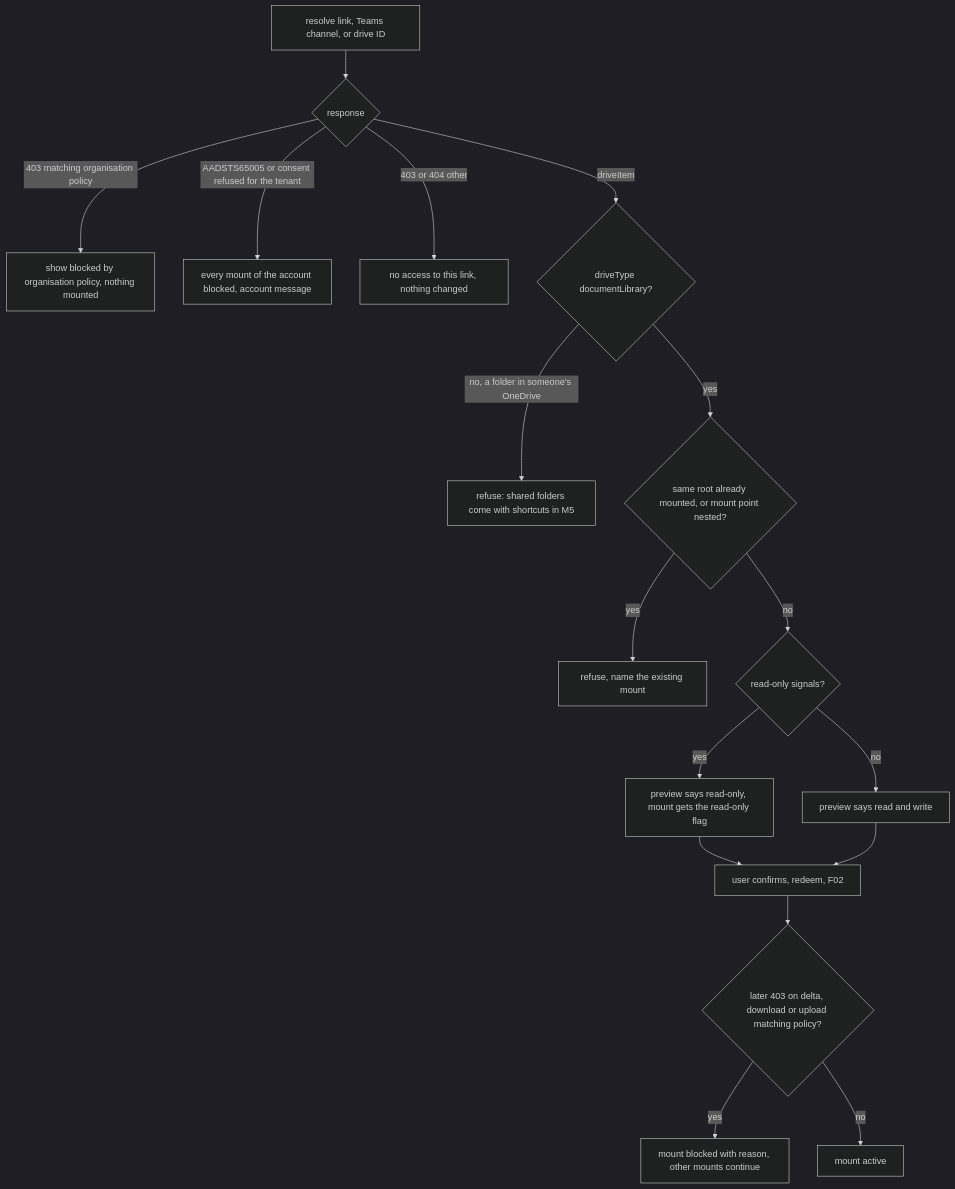
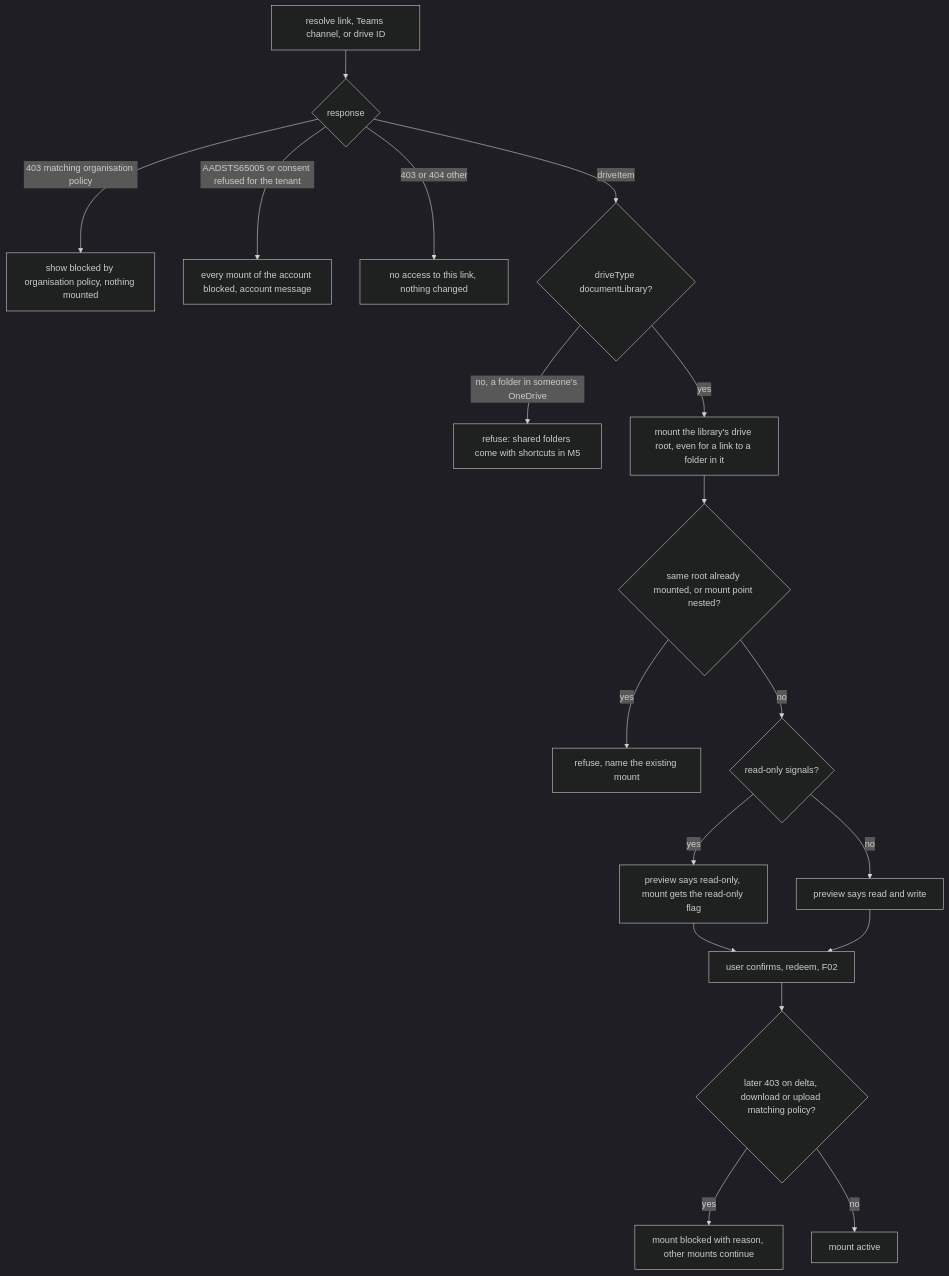
The second of 2 diagrams in docs/flows/F09-add-sharepoint-library.md (paulpitchford/my-drive), drawn with Mermaid (dark theme) before and after one commit. The commit also changed other lines of this file and 19 other files, not shown here.

First line of the commit message:
docs(flows): amend flows and journeys for the M1 decisions

````diff
--- a/docs/flows/F09-add-sharepoint-library.md
+++ b/docs/flows/F09-add-sharepoint-library.md
@@ -57,19 +57,20 @@
 ```mermaid
 flowchart TD
     A["resolve link, Teams channel, or drive ID"] --> B{"response"}
     B -->|"403 matching organisation policy"| BL["show blocked by organisation policy, nothing mounted"]
     B -->|"AADSTS65005 or consent refused for the tenant"| BT["every mount of the account blocked, account message"]
     B -->|"403 or 404 other"| NA["no access to this link, nothing changed"]
     B -->|"driveItem"| C{"driveType documentLibrary?"}
     C -->|"no, a folder in someone's OneDrive"| SH["refuse: shared folders come with shortcuts in M5"]
-    C -->|yes| D{"same root already mounted, or mount point nested?"}
+    C -->|yes| DR["mount the library's drive root, even for a link to a folder in it"]
+    DR --> D{"same root already mounted, or mount point nested?"}
     D -->|yes| DUP["refuse, name the existing mount"]
     D -->|no| E{"read-only signals?"}
     E -->|yes| RO["preview says read-only, mount gets the read-only flag"]
     E -->|no| RW["preview says read and write"]
     RO --> F["user confirms, redeem, F02"]
     RW --> F
     F --> G{"later 403 on delta, download or upload matching policy?"}
     G -->|yes| MB["mount blocked with reason, other mounts continue"]
     G -->|no| OK["mount active"]
 ```
````
